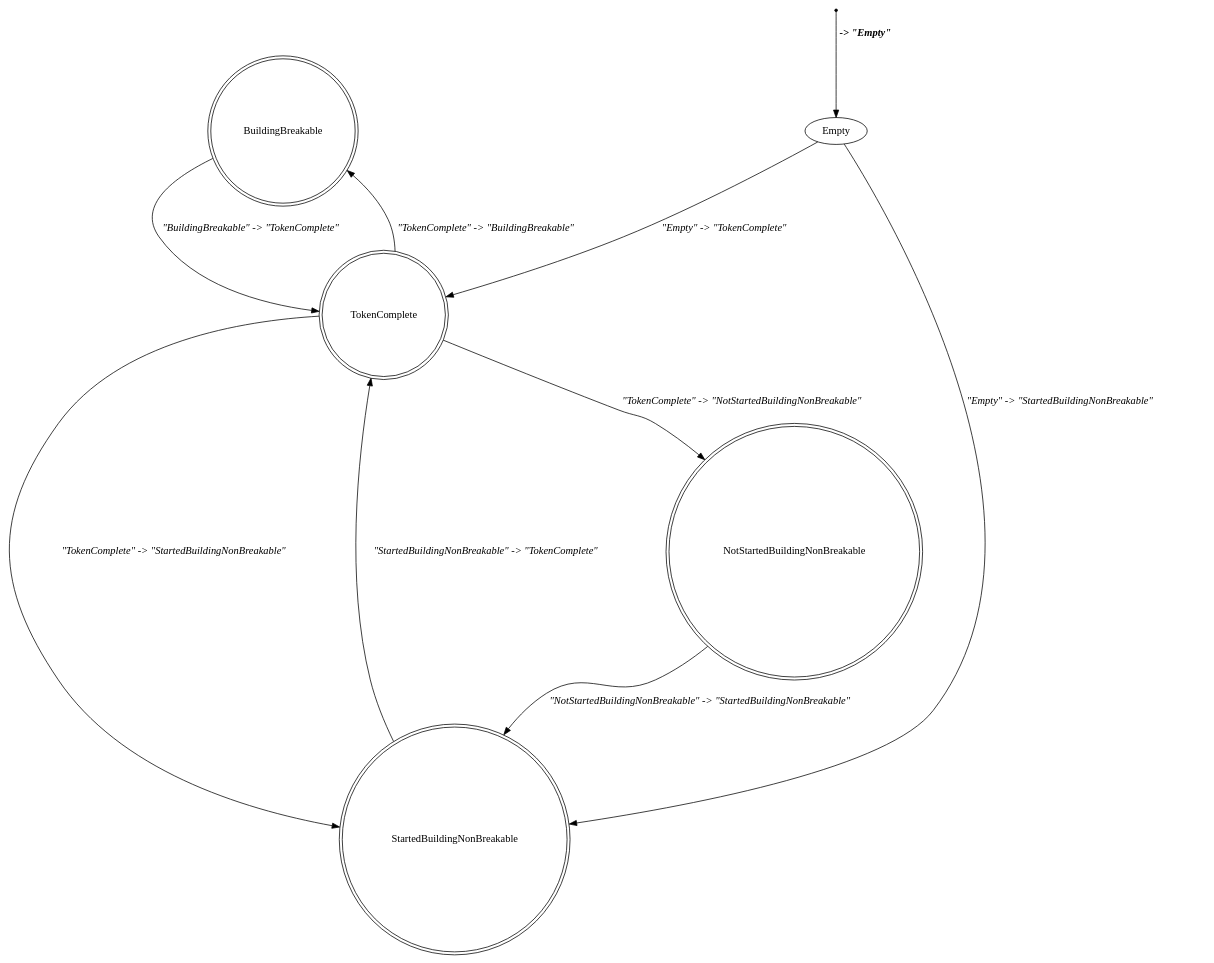
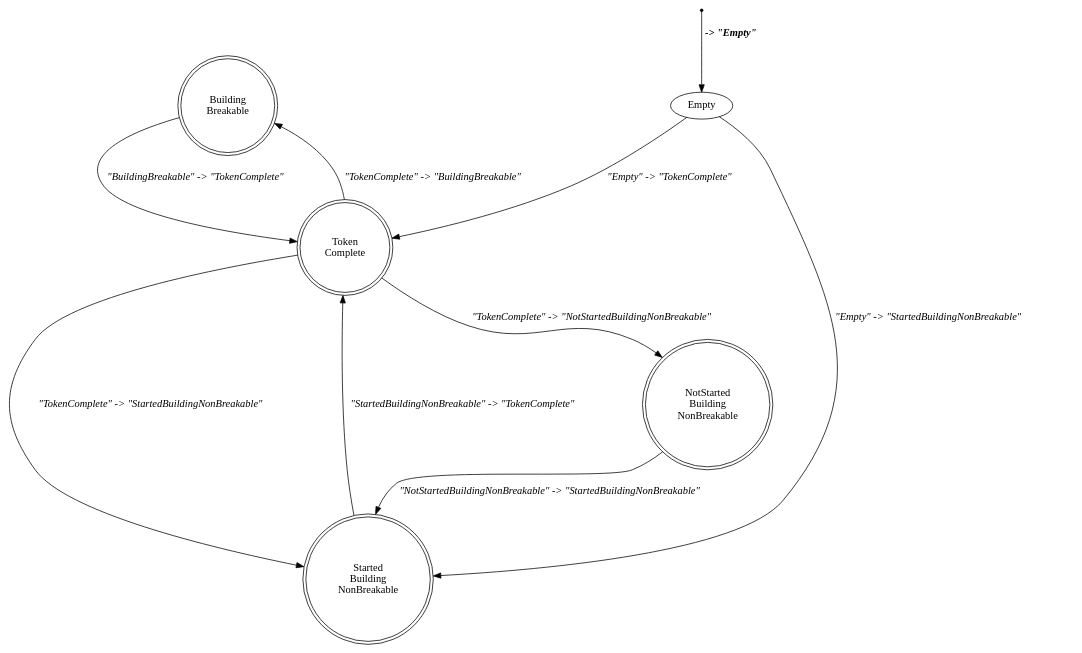
One commit to kieranjwhite/calendar_mirror changed the diagram in docs/tokenising_stm.dot. Above: the diagram before and after it, drawn with Graphviz. The commit also changed 5 other files, not shown here.

```diff
--- a/docs/tokenising_stm.dot
+++ b/docs/tokenising_stm.dot
@@ -1,17 +1,17 @@
 digraph tokenising_stm {
-    BuildingBreakable[label="BuildingBreakable"][shape="doublecircle"];
+    BuildingBreakable[label="Building\nBreakable"][shape="doublecircle"];
     Empty[label="Empty"][shape="ellipse"];
-    NotStartedBuildingNonBreakable[label="NotStartedBuildingNonBreakable"][shape="doublecircle"];
-    StartedBuildingNonBreakable[label="StartedBuildingNonBreakable"][shape="doublecircle"];
-    TokenComplete[label="TokenComplete"][shape="doublecircle"];
+    NotStartedBuildingNonBreakable[label="NotStarted\nBuilding\nNonBreakable"][shape="doublecircle"];
+    StartedBuildingNonBreakable[label="Started\nBuilding\nNonBreakable"][shape="doublecircle"];
+    TokenComplete[label="Token\nComplete"][shape="doublecircle"];
     _start[label="_start"][shape="point"];
     _start -> Empty[label=<<TABLE BORDER="0"><TR><TD><B><I> -&gt; "Empty"</I></B></TD></TR></TABLE>>];
     TokenComplete -> BuildingBreakable[label=<<TABLE BORDER="0"><TR><TD><I>"TokenComplete" -&gt; "BuildingBreakable"</I></TD></TR></TABLE>>];
     TokenComplete -> NotStartedBuildingNonBreakable[label=<<TABLE BORDER="0"><TR><TD><I>"TokenComplete" -&gt; "NotStartedBuildingNonBreakable"</I></TD></TR></TABLE>>];
     Empty -> StartedBuildingNonBreakable[label=<<TABLE BORDER="0"><TR><TD><I>"Empty" -&gt; "StartedBuildingNonBreakable"</I></TD></TR></TABLE>>];
     NotStartedBuildingNonBreakable -> StartedBuildingNonBreakable[label=<<TABLE BORDER="0"><TR><TD><I>"NotStartedBuildingNonBreakable" -&gt; "StartedBuildingNonBreakable"</I></TD></TR></TABLE>>];
     TokenComplete -> StartedBuildingNonBreakable[label=<<TABLE BORDER="0"><TR><TD><I>"TokenComplete" -&gt; "StartedBuildingNonBreakable"</I></TD></TR></TABLE>>];
     Empty -> TokenComplete[label=<<TABLE BORDER="0"><TR><TD><I>"Empty" -&gt; "TokenComplete"</I></TD></TR></TABLE>>];
     BuildingBreakable -> TokenComplete[label=<<TABLE BORDER="0"><TR><TD><I>"BuildingBreakable" -&gt; "TokenComplete"</I></TD></TR></TABLE>>];
     StartedBuildingNonBreakable -> TokenComplete[label=<<TABLE BORDER="0"><TR><TD><I>"StartedBuildingNonBreakable" -&gt; "TokenComplete"</I></TD></TR></TABLE>>];
 }
```
